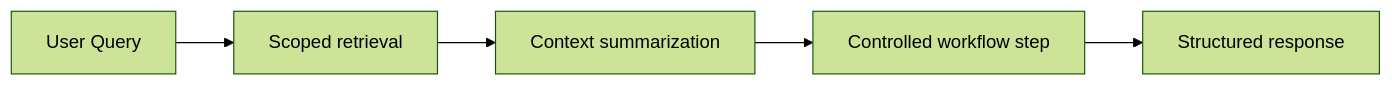
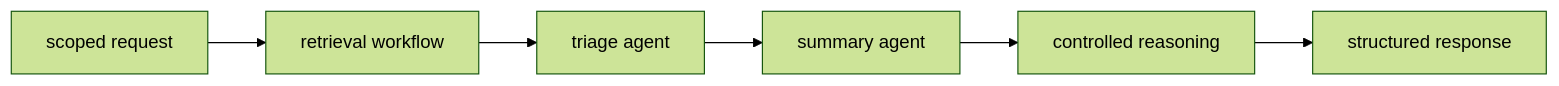
One commit to Dipurajasaha/DocTalk changed diagram 19 of 19 in backend/backend.md. Above: the diagram before and after it, drawn with Mermaid (forest theme). The commit also changed other lines of this file and 5 other files, not shown here.

Commit message:
feat(stage-11): implement controlled medical assistant agents and workflow integration

````diff
--- a/backend/backend.md
+++ b/backend/backend.md
@@ -896,7 +1078,8 @@
 ```mermaid
 flowchart LR
-    Query[User Query] --> Retrieve[Scoped retrieval]
-    Retrieve --> Summarize[Context summarization]
-    Summarize --> Reason[Controlled workflow step]
-    Reason --> Response[Structured response]
+    Query[scoped request] --> Retrieve[retrieval workflow]
+    Retrieve --> Triage[triage agent]
+    Triage --> Summarize[summary agent]
+    Summarize --> Reason[controlled reasoning]
+    Reason --> Response[structured response]
 ```
````
